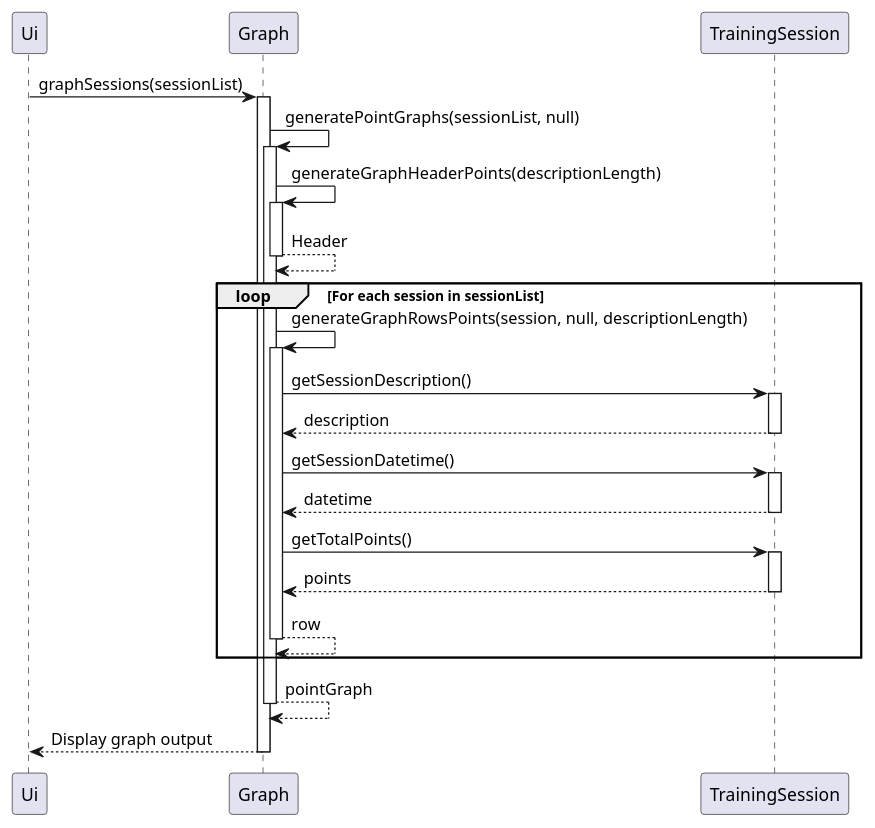
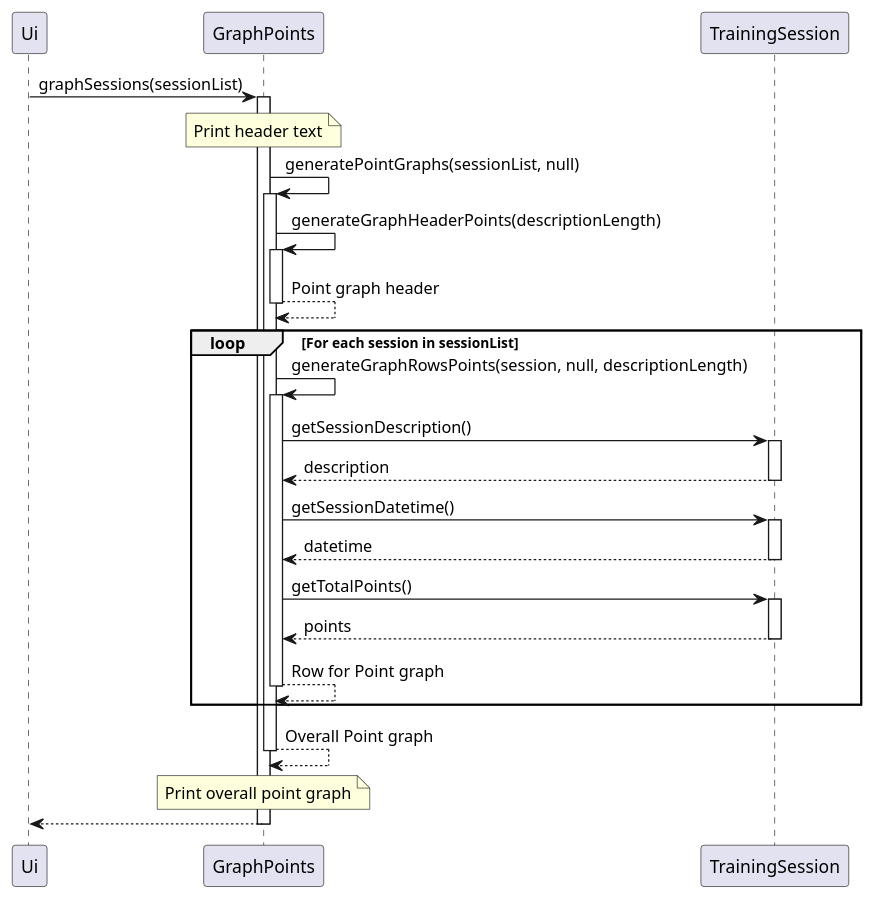
One commit to nus-cs2113-AY2425S1/tp changed the diagram in docs/Diagrams/Sequence_graphSessions.puml. Above: the diagram before and after it, drawn with PlantUML. The commit also changed 8 other files, not shown here.

Commit message:
Update DG for graph features.

```diff
--- a/docs/Diagrams/Sequence_graphSessions.puml
+++ b/docs/Diagrams/Sequence_graphSessions.puml
@@ -1,44 +1,50 @@
 @startuml
 participant Ui as User
-participant Graph
+participant GraphPoints
 participant TrainingSession
 
-User -> Graph : graphSessions(sessionList)
-activate Graph
+User -> GraphPoints : graphSessions(sessionList)
+activate GraphPoints
 
-Graph -> Graph : generatePointGraphs(sessionList, null)
-activate Graph
-Graph -> Graph : generateGraphHeaderPoints(descriptionLength)
-activate Graph
-Graph --> Graph : Header
-deactivate Graph
+note over GraphPoints
+    Print header text
+end note
+
+GraphPoints -> GraphPoints : generatePointGraphs(sessionList, null)
+activate GraphPoints
+GraphPoints -> GraphPoints : generateGraphHeaderPoints(descriptionLength)
+activate GraphPoints
+GraphPoints --> GraphPoints : Point graph header
+deactivate GraphPoints
 
 loop For each session in sessionList
-    Graph -> Graph : generateGraphRowsPoints(session, null, descriptionLength)
-    activate Graph
+    GraphPoints -> GraphPoints : generateGraphRowsPoints(session, null, descriptionLength)
+    activate GraphPoints
 
-    Graph -> TrainingSession : getSessionDescription()
+    GraphPoints -> TrainingSession : getSessionDescription()
     activate TrainingSession
-    TrainingSession --> Graph : description
+    TrainingSession --> GraphPoints : description
     deactivate TrainingSession
 
-    Graph -> TrainingSession : getSessionDatetime()
+    GraphPoints -> TrainingSession : getSessionDatetime()
     activate TrainingSession
-    TrainingSession --> Graph : datetime
+    TrainingSession --> GraphPoints : datetime
     deactivate TrainingSession
 
-    Graph -> TrainingSession : getTotalPoints()
+    GraphPoints -> TrainingSession : getTotalPoints()
     activate TrainingSession
-    TrainingSession --> Graph : points
+    TrainingSession --> GraphPoints : points
     deactivate TrainingSession
-    Graph --> Graph : row
-    deactivate Graph
-
+    GraphPoints --> GraphPoints : Row for Point graph
+    deactivate GraphPoints
 end loop
 
-Graph --> Graph : pointGraph
-deactivate Graph
+GraphPoints --> GraphPoints : Overall Point graph
+note over GraphPoints
+    Print overall point graph
+end note
+deactivate GraphPoints
 
-User <-- Graph : Display graph output
-deactivate Graph
+User <-- GraphPoints :
+deactivate GraphPoints
 @enduml
```
